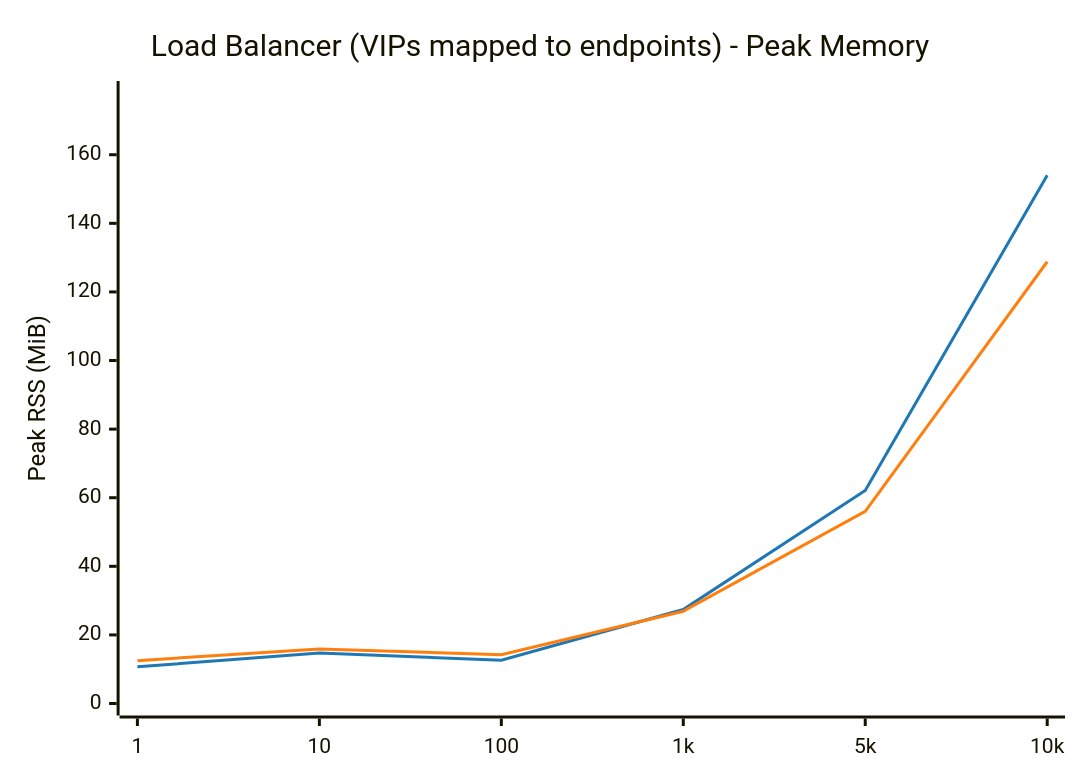
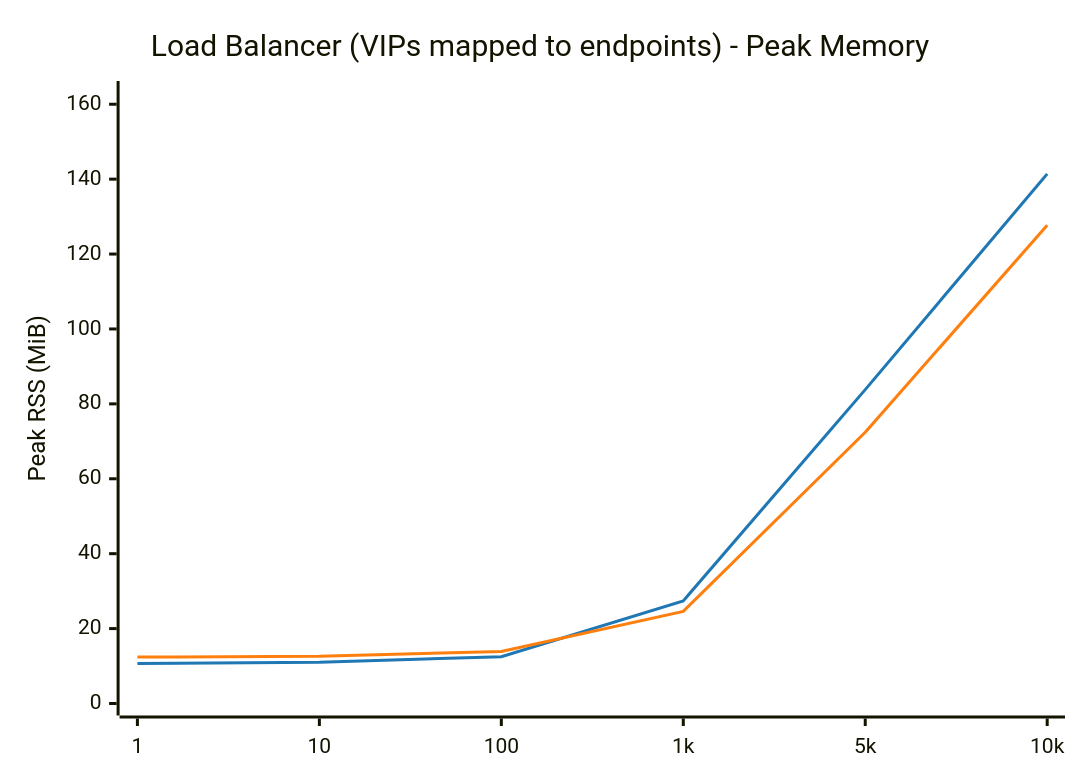
One commit to LionelJouin/ovs-ovn-bench changed the tenth of 16 diagrams in results/BENCHMARK_REPORT.md. Above: the diagram before and after it, drawn with Mermaid. The commit also changed other lines of this file and 1 other file, not shown here.

````diff
--- a/results/BENCHMARK_REPORT.md
+++ b/results/BENCHMARK_REPORT.md
@@ -486,14 +486,14 @@
 ```mermaid
 ---
 config:
     themeVariables:
         xyChart:
             plotColorPalette: "#1f77b4, #ff7f0e"
 ---
 xychart-beta
     title "Load Balancer (VIPs mapped to endpoints) - Peak Memory"
     x-axis ["1", "10", "100", "1k", "5k", "10k"]
-    y-axis "Peak RSS (MiB)" 0 --> 178
-    line "glibc malloc" [10.7, 14.7, 12.6, 27.4, 62.1, 154.0]
-    line "jemalloc" [12.5, 15.9, 14.2, 26.9, 56.0, 128.8]
+    y-axis "Peak RSS (MiB)" 0 --> 163
+    line "glibc malloc" [10.7, 11.0, 12.5, 27.4, 83.8, 141.4]
+    line "jemalloc" [12.4, 12.6, 13.9, 24.6, 72.4, 127.7]
 ```
````
